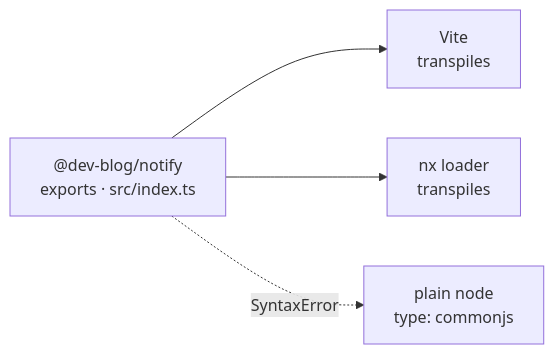
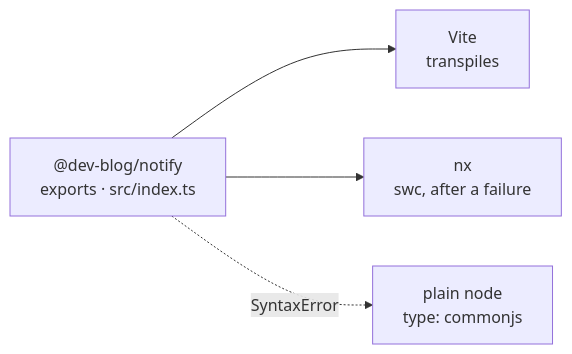
Before and after one commit to fmmenchi/dev-blog: the second of 3 diagrams in apps/blog/content/drafts/can-i-import-this.mdx, drawn with Mermaid. The commit also changed other lines of this file and 4 other files, not shown here.

````diff
--- a/apps/blog/content/drafts/can-i-import-this.mdx
+++ b/apps/blog/content/drafts/can-i-import-this.mdx
@@ -118,7 +143,7 @@
 ```mermaid
 flowchart LR
-  accDescr: One exports map, three consumers. Vite and the nx loader both read the source entry and transpile it. Plain Node reaches the same file and fails, because the package declares commonjs while the source is ESM.
+  accDescr: One exports map, three consumers. Vite reads the source entry and transpiles it. nx reaches the same file only after its native type stripping fails and it re-registers swc. Plain Node reaches it and throws a syntax error, because the package declares commonjs while the source is ESM.
   Map["@dev-blog/notify<br/>exports · src/index.ts"] --> Vite["Vite<br/>transpiles"]
-  Map --> NX["nx loader<br/>transpiles"]
+  Map --> NX["nx<br/>swc, after a failure"]
   Map -.->|"SyntaxError"| Node["plain node<br/>type: commonjs"]:::accent
 ```
````
